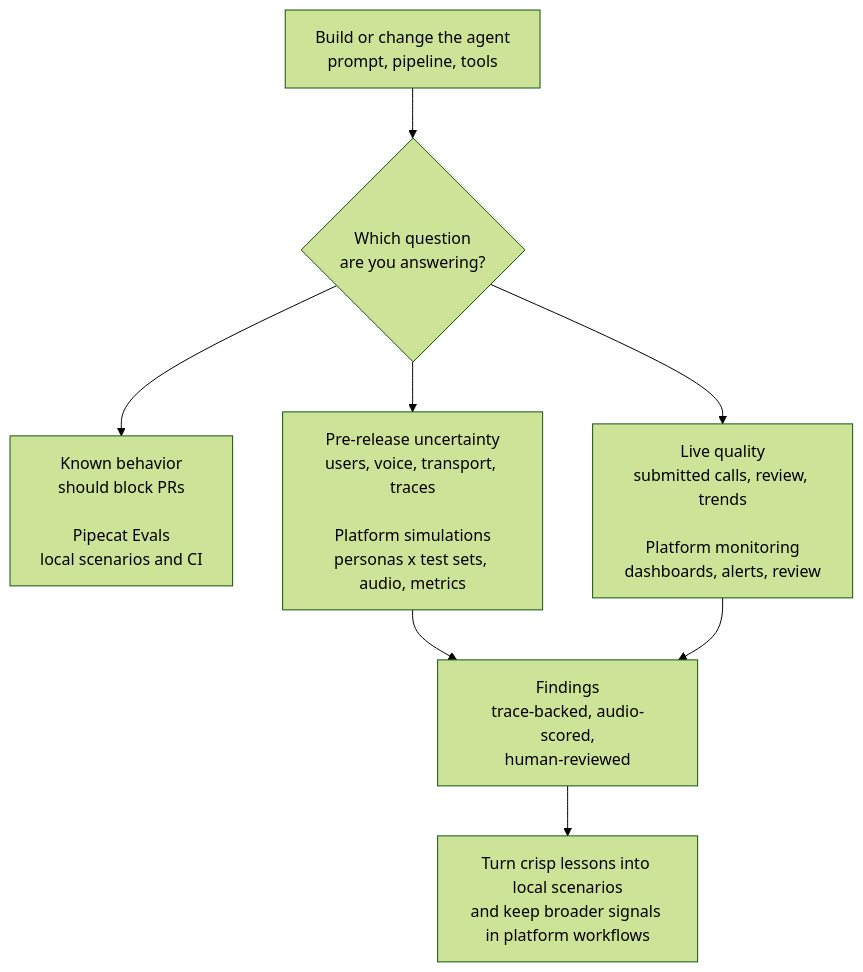
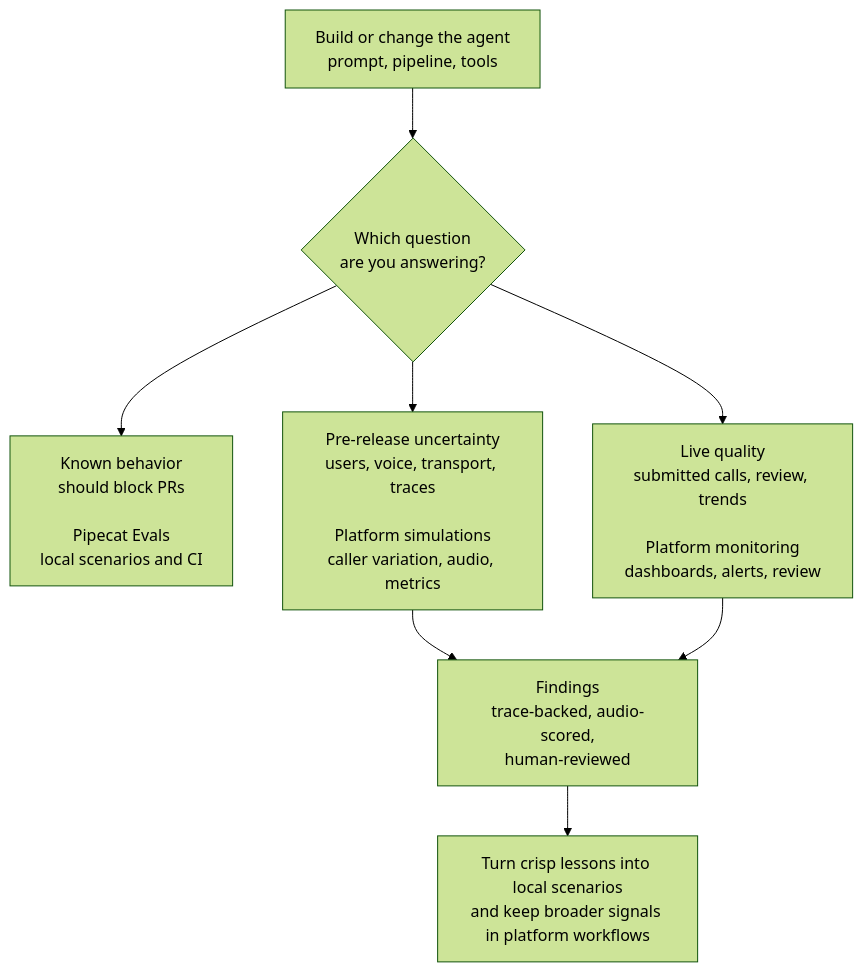
One commit to pipecat-ai/docs changed the diagram in pipecat/evals/lifecycle.mdx. Above: the diagram before and after it, drawn with Mermaid (forest theme). The commit also changed other lines of this file, not shown here.

````diff
--- a/pipecat/evals/lifecycle.mdx
+++ b/pipecat/evals/lifecycle.mdx
@@ -25,10 +25,10 @@
 ```mermaid
 flowchart TB
   A["Build or change the agent<br/>prompt, pipeline, tools"] --> B{"Which question<br/>are you answering?"}
   B --> C["Known behavior<br/>should block PRs<br/><br/>Pipecat Evals<br/>local scenarios and CI"]
-  B --> D["Pre-release uncertainty<br/>users, voice, transport, traces<br/><br/>Platform simulations<br/>personas x test sets, audio, metrics"]
+  B --> D["Pre-release uncertainty<br/>users, voice, transport, traces<br/><br/>Platform simulations<br/>caller variation, audio, metrics"]
   B --> E["Live quality<br/>submitted calls, review, trends<br/><br/>Platform monitoring<br/>dashboards, alerts, review"]
   D --> F["Findings<br/>trace-backed, audio-scored,<br/>human-reviewed"]
   E --> F
   F --> G["Turn crisp lessons into local scenarios<br/>and keep broader signals in platform workflows"]
 ```
````
